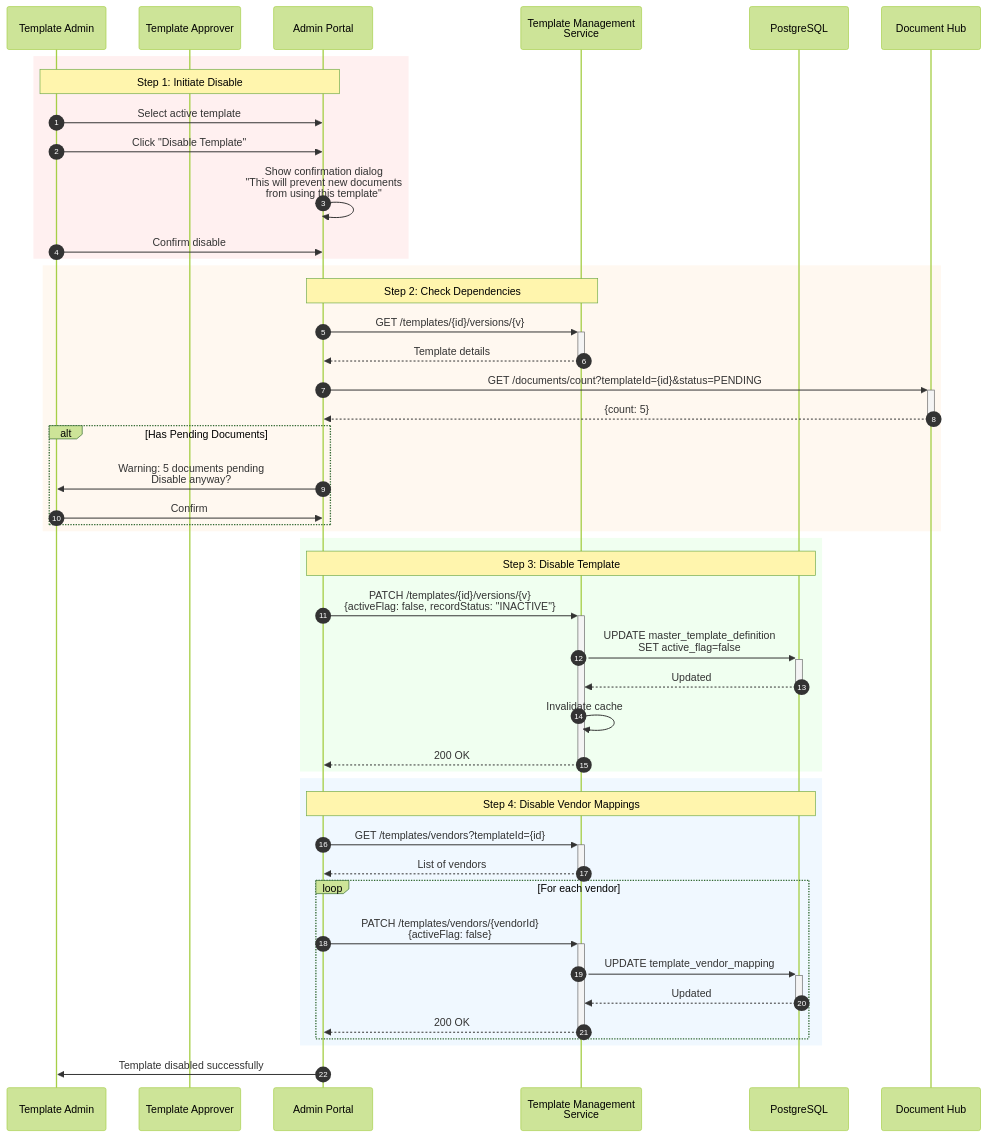
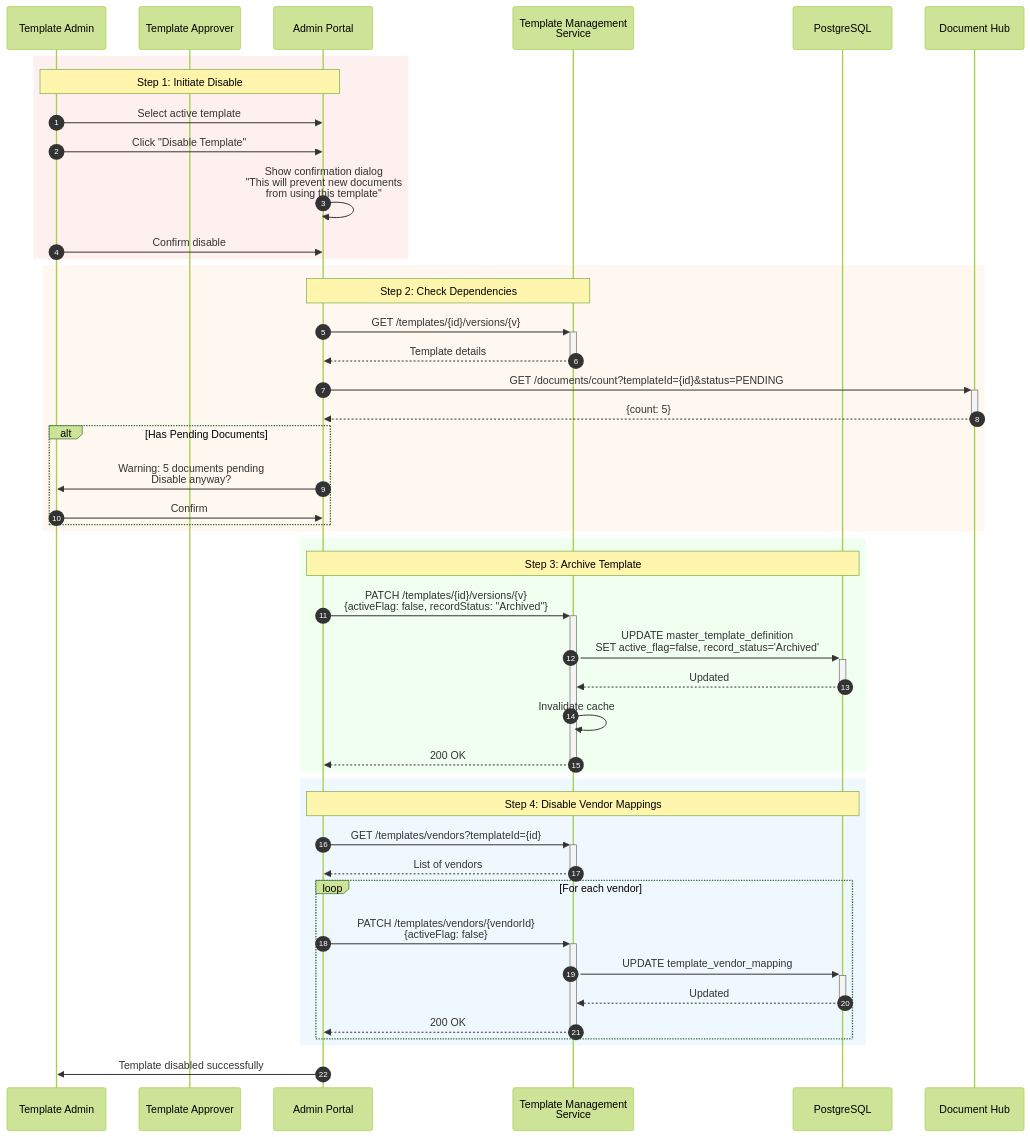
One commit to ghmd86/template-management-service changed the seventh of 11 diagrams in docs/architecture/admin-portal-integration.md. Above: the diagram before and after it, drawn with Mermaid (forest theme). The commit also changed other lines of this file, not shown here.

First line of the commit message:
Update status values to Draft, Pending, Approved, Archived

````diff
--- a/docs/architecture/admin-portal-integration.md
+++ b/docs/architecture/admin-portal-integration.md
@@ -307,56 +313,56 @@
 ```mermaid
 sequenceDiagram
     autonumber
     participant Admin as Template Admin
     participant Approver as Template Approver
     participant Portal as Admin Portal
     participant TMS as Template Management<br/>Service
     participant DB as PostgreSQL
     participant DocHub as Document Hub
 
     rect rgb(255, 240, 240)
         Note over Admin,Portal: Step 1: Initiate Disable
         Admin->>Portal: Select active template
         Admin->>Portal: Click "Disable Template"
         Portal->>Portal: Show confirmation dialog<br/>"This will prevent new documents<br/>from using this template"
         Admin->>Portal: Confirm disable
     end
 
     rect rgb(255, 248, 240)
         Note over Portal,TMS: Step 2: Check Dependencies
         Portal->>+TMS: GET /templates/{id}/versions/{v}
         TMS-->>-Portal: Template details
 
         Portal->>+DocHub: GET /documents/count?templateId={id}&status=PENDING
         DocHub-->>-Portal: {count: 5}
 
         alt Has Pending Documents
             Portal->>Admin: Warning: 5 documents pending<br/>Disable anyway?
             Admin->>Portal: Confirm
         end
     end
 
     rect rgb(240, 255, 240)
-        Note over Portal,DB: Step 3: Disable Template
-        Portal->>+TMS: PATCH /templates/{id}/versions/{v}<br/>{activeFlag: false, recordStatus: "INACTIVE"}
-        TMS->>+DB: UPDATE master_template_definition<br/>SET active_flag=false
+        Note over Portal,DB: Step 3: Archive Template
+        Portal->>+TMS: PATCH /templates/{id}/versions/{v}<br/>{activeFlag: false, recordStatus: "Archived"}
+        TMS->>+DB: UPDATE master_template_definition<br/>SET active_flag=false, record_status='Archived'
         DB-->>-TMS: Updated
         TMS->>TMS: Invalidate cache
         TMS-->>-Portal: 200 OK
     end
 
     rect rgb(240, 248, 255)
         Note over Portal,DB: Step 4: Disable Vendor Mappings
         Portal->>+TMS: GET /templates/vendors?templateId={id}
         TMS-->>-Portal: List of vendors
 
         loop For each vendor
             Portal->>+TMS: PATCH /templates/vendors/{vendorId}<br/>{activeFlag: false}
             TMS->>+DB: UPDATE template_vendor_mapping
             DB-->>-TMS: Updated
             TMS-->>-Portal: 200 OK
         end
     end
 
     Portal->>Admin: Template disabled successfully
 ```
````
